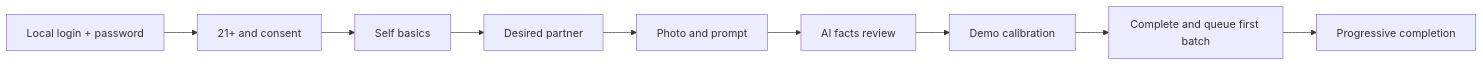
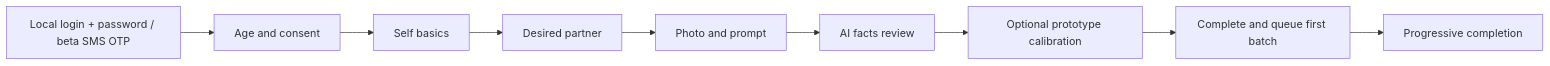
One commit to ek2kk/ai-matchmaker changed the first of 2 diagrams in docs/architecture/onboarding.md. Above: the diagram before and after it, drawn with Mermaid. The commit also changed other lines of this file and 17 other files, not shown here.

````diff
--- a/docs/architecture/onboarding.md
+++ b/docs/architecture/onboarding.md
@@ -7,11 +7,11 @@
 ```mermaid
 flowchart LR
-    A[Local login + password] --> B[21+ and consent]
+    A[Local login + password / beta SMS OTP] --> B[Age and consent]
     B --> C[Self basics]
     C --> D[Desired partner]
     D --> E[Photo and prompt]
     E --> F[AI facts review]
-    F --> G[Demo calibration]
+    F --> G[Optional prototype calibration]
     G --> H[Complete and queue first batch]
     H --> I[Progressive completion]
 ```
````
